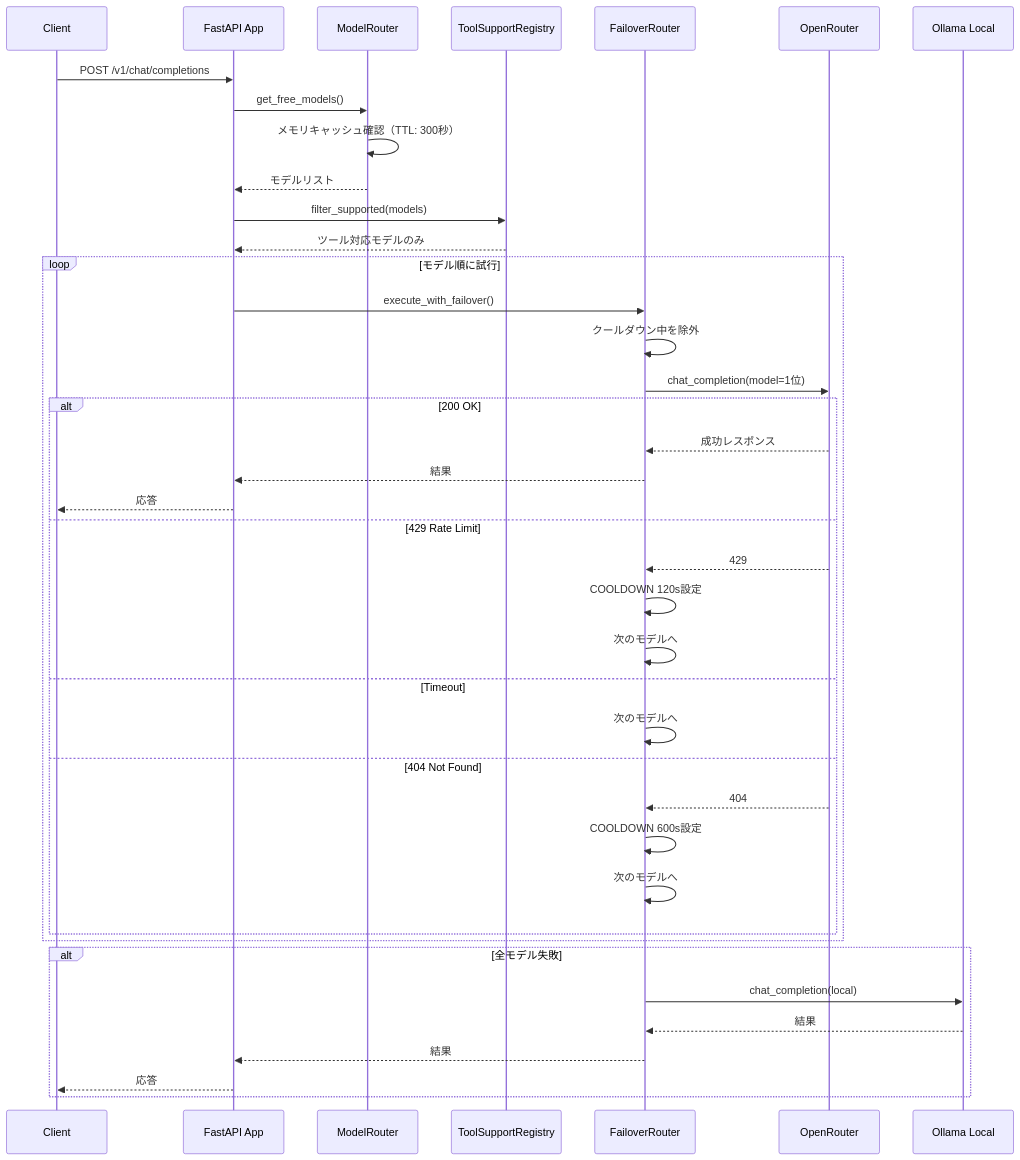
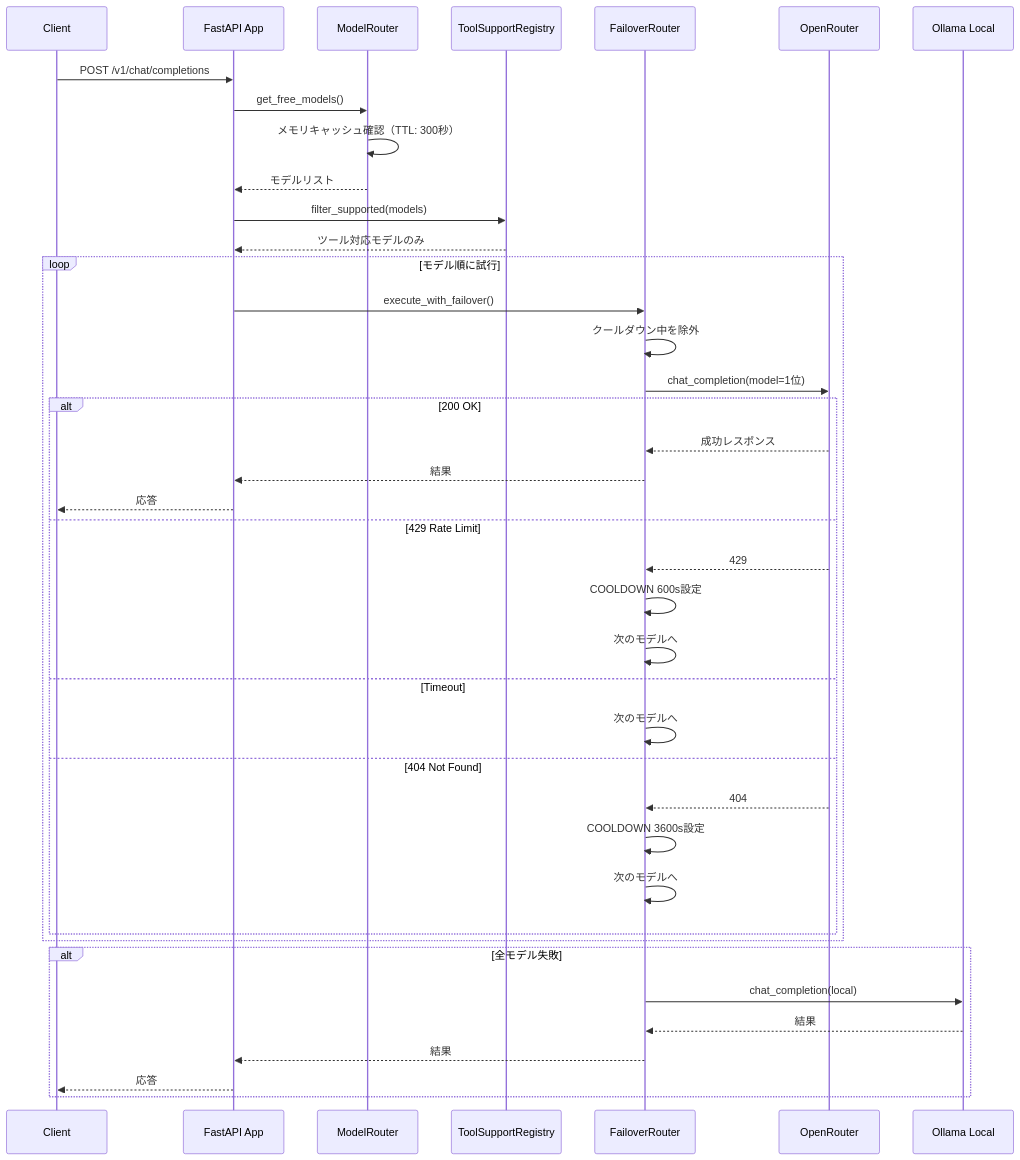
Before and after one commit to tokkkie/free-model-router: the second of 4 diagrams in docs/how-it-works_jp.md, drawn with Mermaid. The commit also changed other lines of this file and 8 other files, not shown here.

````diff
--- a/docs/how-it-works_jp.md
+++ b/docs/how-it-works_jp.md
@@ -55,48 +55,48 @@
 ```mermaid
 sequenceDiagram
     participant Client as Client
     participant App as FastAPI App
     participant MR as ModelRouter
     participant TSR as ToolSupportRegistry
     participant FR as FailoverRouter
     participant OR as OpenRouter
     participant Ollama as Ollama Local
 
     Client->>App: POST /v1/chat/completions
 
     App->>MR: get_free_models()
     MR->>MR: メモリキャッシュ確認（TTL: 300秒）
     MR-->>App: モデルリスト
 
     App->>TSR: filter_supported(models)
     TSR-->>App: ツール対応モデルのみ
 
     loop モデル順に試行
         App->>FR: execute_with_failover()
         FR->>FR: クールダウン中を除外
 
         FR->>OR: chat_completion(model=1位)
         alt 200 OK
             OR-->>FR: 成功レスポンス
             FR-->>App: 結果
             App-->>Client: 応答
         else 429 Rate Limit
             OR-->>FR: 429
-            FR->>FR: COOLDOWN 120s設定
+            FR->>FR: COOLDOWN 600s設定
             FR->>FR: 次のモデルへ
         else Timeout
             FR->>FR: 次のモデルへ
         else 404 Not Found
             OR-->>FR: 404
-            FR->>FR: COOLDOWN 600s設定
+            FR->>FR: COOLDOWN 3600s設定
             FR->>FR: 次のモデルへ
         end
     end
 
     alt 全モデル失敗
         FR->>Ollama: chat_completion(local)
         Ollama-->>FR: 結果
         FR-->>App: 結果
         App-->>Client: 応答
     end
 ```
````
